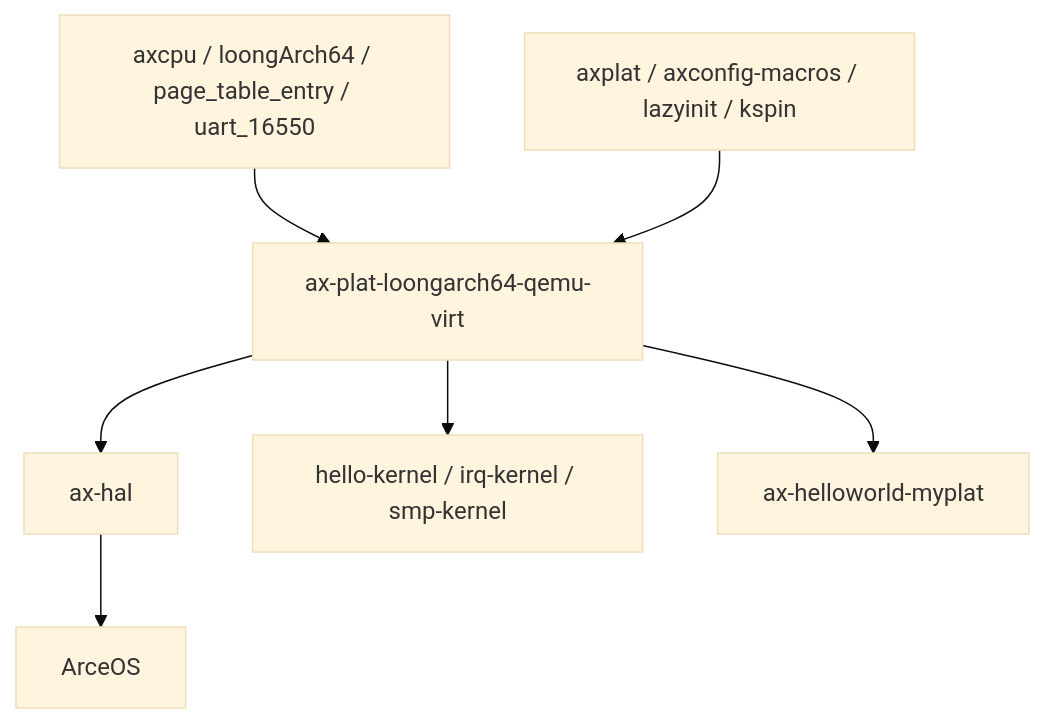
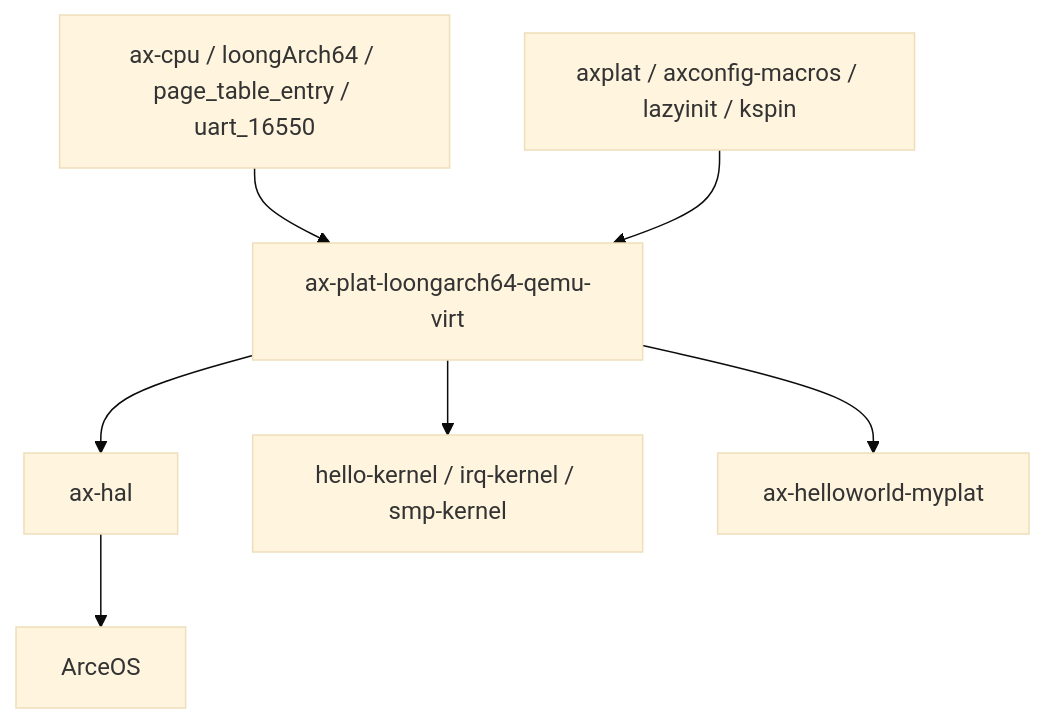
The second of 2 diagrams in docs/crates/ax-plat-loongarch64-qemu-virt.md (zKurisu/tgoskits), drawn with Mermaid (base theme) before and after one commit. The commit also changed other lines of this file and 106 other files, not shown here.

Commit message:
rename axcpu to ax-cpu

````diff
--- a/docs/crates/ax-plat-loongarch64-qemu-virt.md
+++ b/docs/crates/ax-plat-loongarch64-qemu-virt.md
@@ -189,9 +189,9 @@
 ```mermaid
 graph TD
-    A[axcpu / loongArch64 / page_table_entry / uart_16550] --> B[ax-plat-loongarch64-qemu-virt]
+    A[ax-cpu / loongArch64 / page_table_entry / uart_16550] --> B[ax-plat-loongarch64-qemu-virt]
     C[axplat / axconfig-macros / lazyinit / kspin] --> B
     B --> D[ax-hal]
     B --> E[hello-kernel / irq-kernel / smp-kernel]
     B --> F[ax-helloworld-myplat]
     D --> G[ArceOS]
 ```
````
